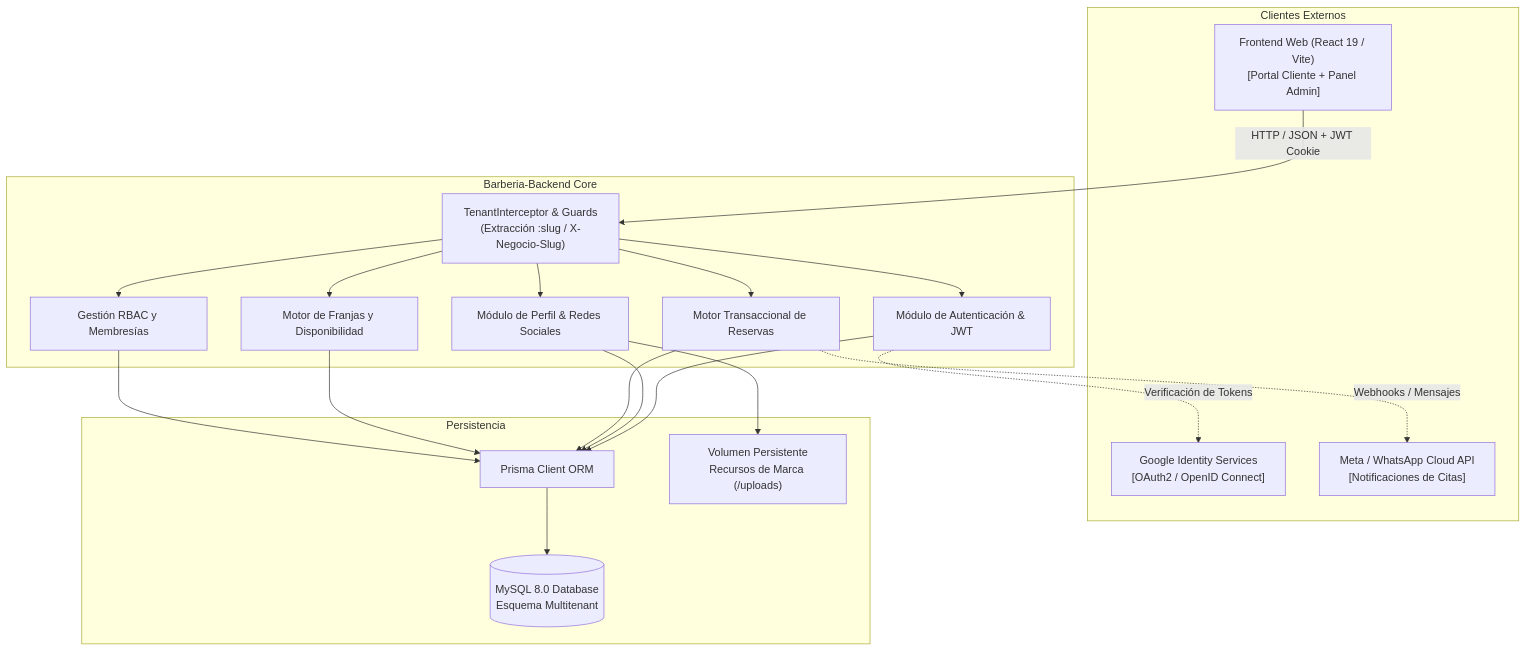
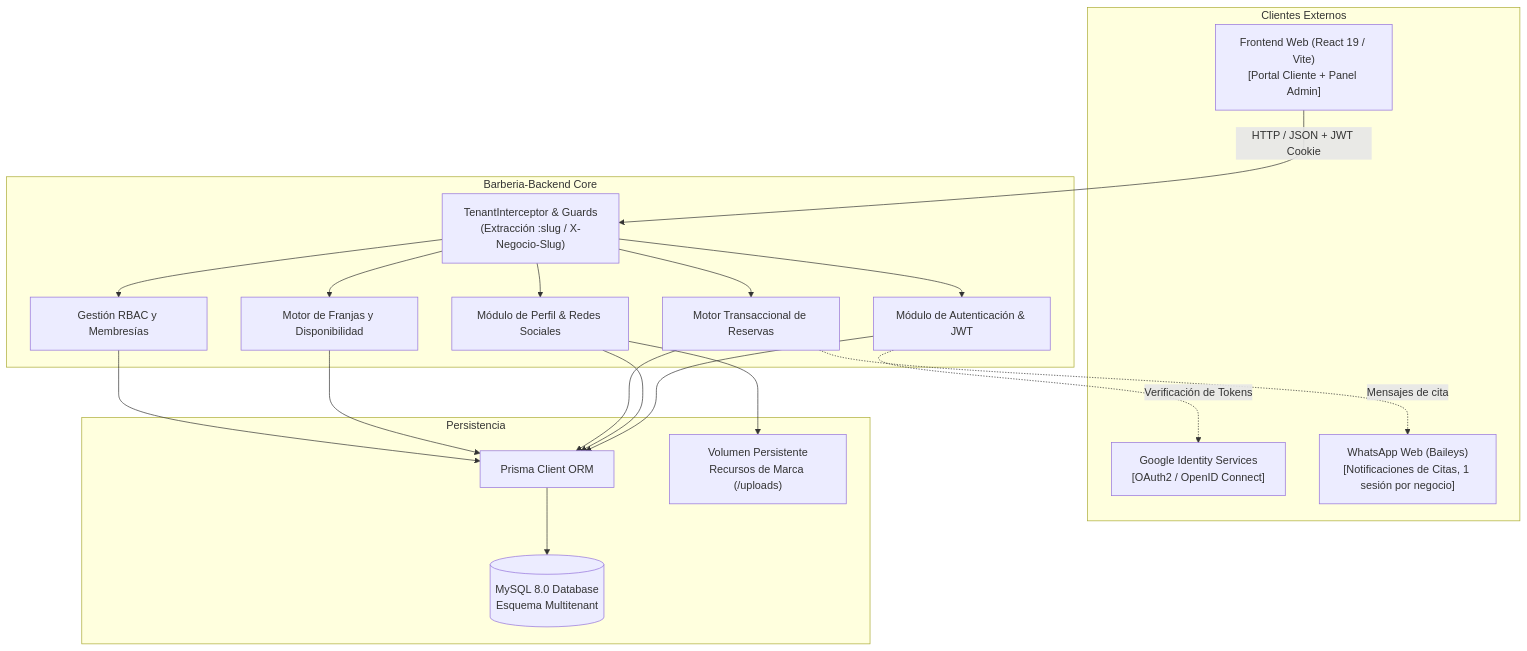
The first of 2 diagrams in README.md (dfelipe7/Barberia-Backend), drawn with Mermaid before and after one commit. The commit also changed other lines of this file and 19 other files, not shown here.

````diff
--- a/README.md
+++ b/README.md
@@ -45,37 +45,37 @@
 ```mermaid
 flowchart TD
     subgraph Clientes Externos
         WebClient["Frontend Web (React 19 / Vite)\n[Portal Cliente + Panel Admin]"]
         GoogleAuth["Google Identity Services\n[OAuth2 / OpenID Connect]"]
-        WAGateway["Meta / WhatsApp Cloud API\n[Notificaciones de Citas]"]
+        WAGateway["WhatsApp Web (Baileys)\n[Notificaciones de Citas, 1 sesión por negocio]"]
     end
 
     subgraph Backend NestJS [Barberia-Backend Core]
         TenantGuard["TenantInterceptor & Guards\n(Extracción :slug / X-Negocio-Slug)"]
         AuthModule["Módulo de Autenticación & JWT"]
         NegocioModule["Módulo de Perfil & Redes Sociales"]
         ReservaModule["Motor Transaccional de Reservas"]
         HorarioModule["Motor de Franjas y Disponibilidad"]
         UsuariosModule["Gestión RBAC y Membresías"]
     end
 
     subgraph Persistencia
         PrismaORM["Prisma Client ORM"]
         MySQL[(MySQL 8.0 Database\nEsquema Multitenant)]
         FileSystem["Volumen Persistente\nRecursos de Marca (/uploads)"]
     end
 
     WebClient -->|HTTP / JSON + JWT Cookie| TenantGuard
     TenantGuard --> AuthModule
     TenantGuard --> NegocioModule
     TenantGuard --> ReservaModule
     TenantGuard --> HorarioModule
     TenantGuard --> UsuariosModule
 
     AuthModule -.->|Verificación de Tokens| GoogleAuth
-    ReservaModule -.->|Webhooks / Mensajes| WAGateway
+    ReservaModule -.->|Mensajes de cita| WAGateway
 
     AuthModule & NegocioModule & ReservaModule & HorarioModule & UsuariosModule --> PrismaORM
     NegocioModule --> FileSystem
     PrismaORM --> MySQL
 ```
````
